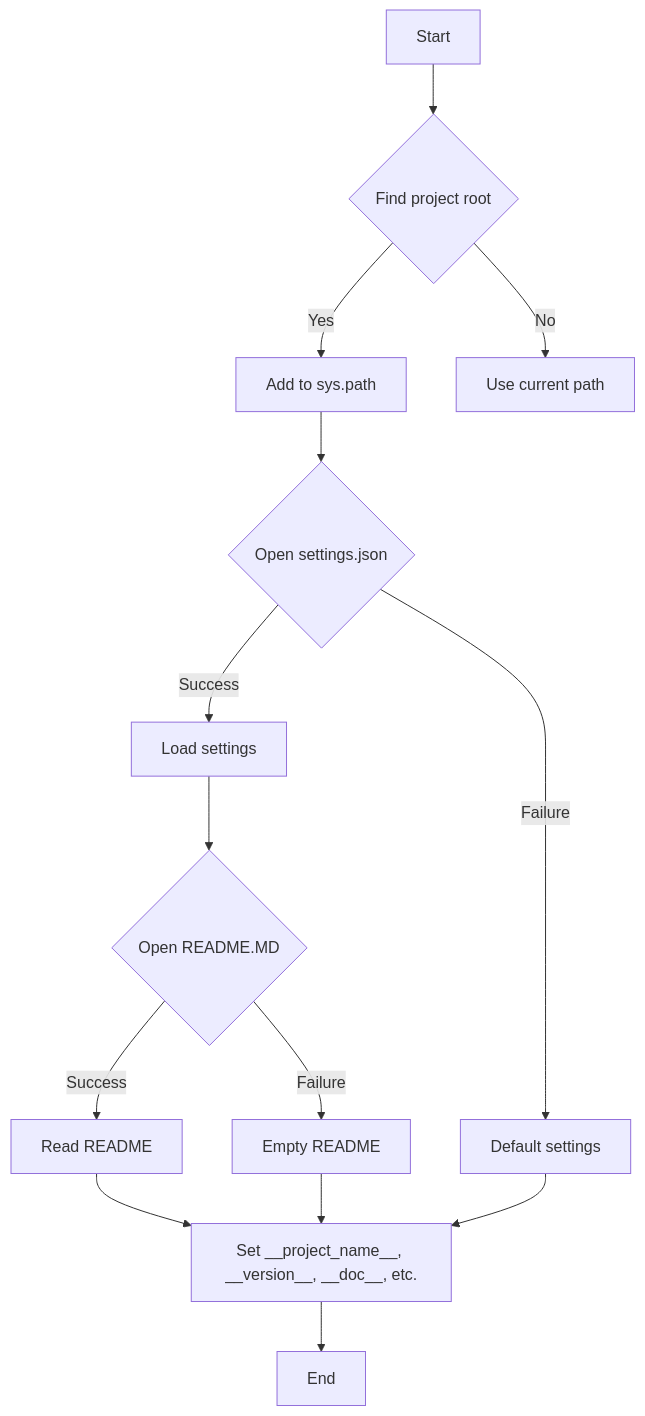
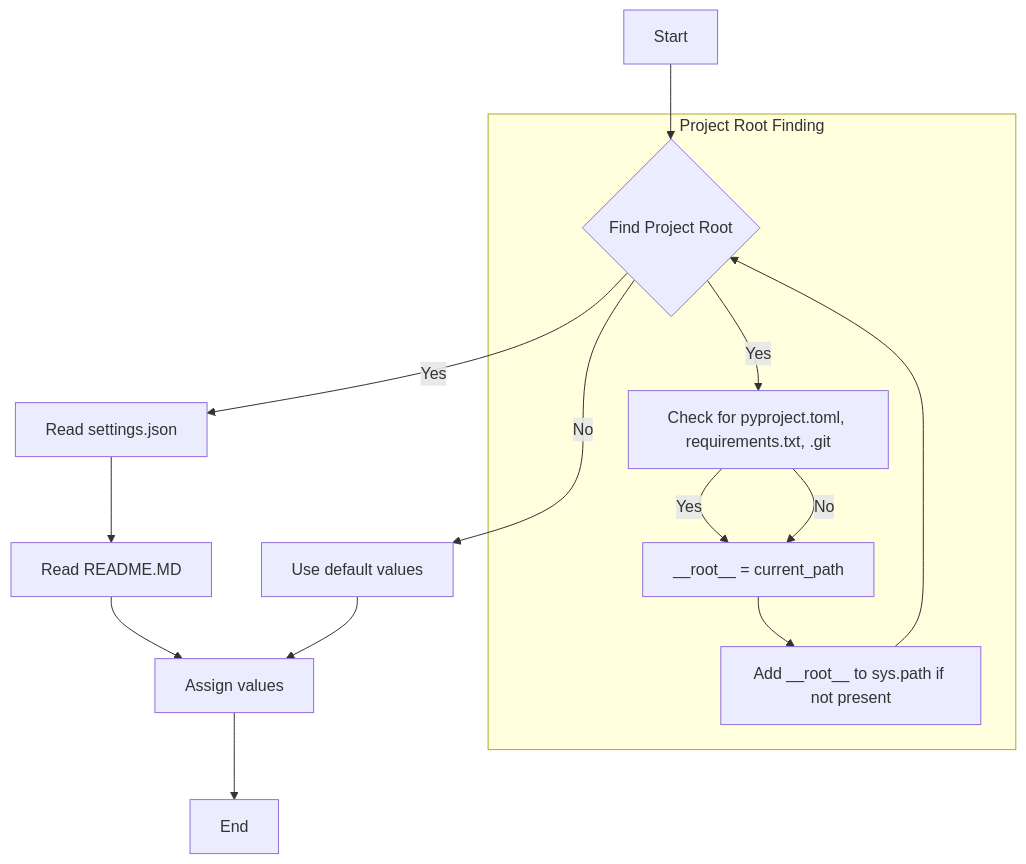
Before and after one commit to hypo69/hypo: the first of 2 diagrams in docs/gemini/ru/explainer/src/webdriver/firefox/header.md, drawn with Mermaid. The commit also changed other lines of this file and 311 other files, not shown here.

````diff
--- a/docs/gemini/ru/explainer/src/webdriver/firefox/header.md
+++ b/docs/gemini/ru/explainer/src/webdriver/firefox/header.md
@@ -78,16 +77,18 @@
 ```mermaid
 graph TD
-    A[Start] --> B{Find project root};
-    B -- Yes --> C[Add to sys.path];
-    B -- No --> D[Use current path];
-    C --> E{Open settings.json};
-    E -- Success --> F[Load settings];
-    E -- Failure --> G[Default settings];
-    F --> H{Open README.MD};
-    H -- Success --> I[Read README];
-    H -- Failure --> J[Empty README];
-    I --> K[Set __project_name__, __version__, __doc__, etc.];
-    G --> K;
-    J --> K;
-    K --> L[End];
+    A[Start] --> B{Find Project Root};
+    B -- Yes --> C[Read settings.json];
+    B -- No --> D[Use default values];
+    C --> E[Read README.MD];
+    E --> F[Assign values];
+    D --> F;
+    F --> G[End];
+    
+    subgraph Project Root Finding
+        B -- Yes --> C1[Check for pyproject.toml, requirements.txt, .git];
+        C1 -- Yes --> C2[__root__ = parent];
+        C1 -- No --> C2[__root__ = current_path];
+        C2 --> C3[Add __root__ to sys.path if not present];
+        C3 --> B;
+    end
 ```
````
